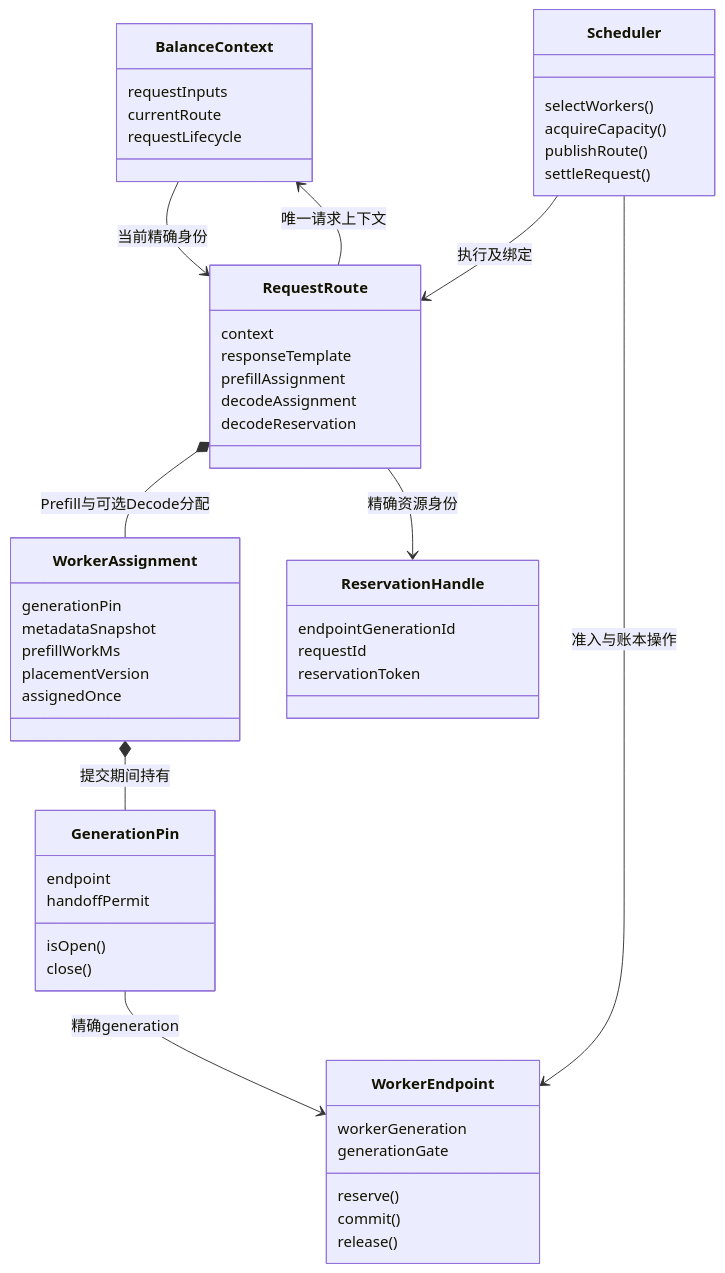
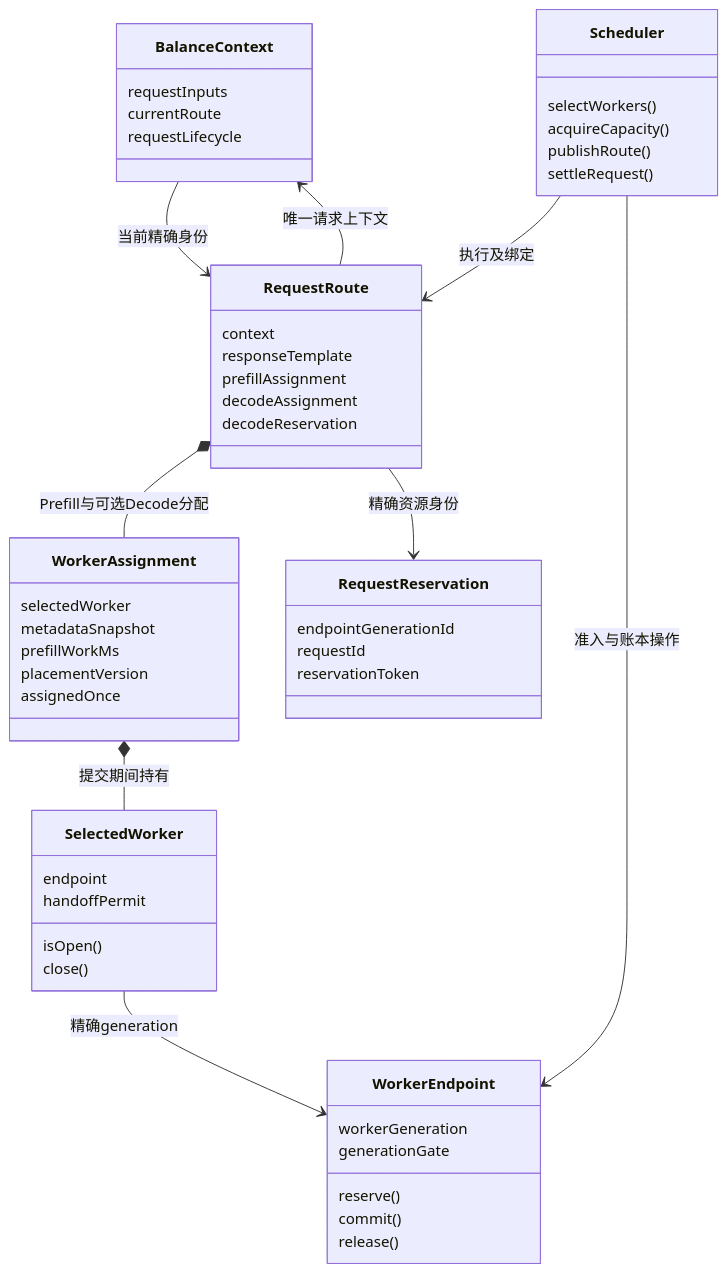
Before and after one commit to alibaba/rtp-llm: the diagram in rtp_llm/flexlb/docs/scheduler-design/route-ownership-target.md, drawn with Mermaid. The commit also changed other lines of this file and 226 other files, not shown here.

````diff
--- a/rtp_llm/flexlb/docs/scheduler-design/route-ownership-target.md
+++ b/rtp_llm/flexlb/docs/scheduler-design/route-ownership-target.md
@@ -25,54 +29,54 @@
 ```mermaid
 classDiagram
     class BalanceContext {
         requestInputs
         currentRoute
         requestLifecycle
     }
     class RequestRoute {
         context
         responseTemplate
         prefillAssignment
         decodeAssignment
         decodeReservation
     }
     class WorkerAssignment {
-        generationPin
+        selectedWorker
         metadataSnapshot
         prefillWorkMs
         placementVersion
         assignedOnce
     }
     class WorkerEndpoint {
         workerGeneration
         generationGate
         reserve()
         commit()
         release()
     }
-    class GenerationPin {
+    class SelectedWorker {
         endpoint
         handoffPermit
         isOpen()
         close()
     }
-    class ReservationHandle {
+    class RequestReservation {
         endpointGenerationId
         requestId
         reservationToken
     }
     class Scheduler {
         selectWorkers()
         acquireCapacity()
         publishRoute()
         settleRequest()
     }
     BalanceContext --> RequestRoute : 当前精确身份
     RequestRoute --> BalanceContext : 唯一请求上下文
     RequestRoute *-- WorkerAssignment : Prefill与可选Decode分配
-    RequestRoute --> ReservationHandle : 精确资源身份
-    WorkerAssignment *-- GenerationPin : 提交期间持有
-    GenerationPin --> WorkerEndpoint : 精确generation
+    RequestRoute --> RequestReservation : 精确资源身份
+    WorkerAssignment *-- SelectedWorker : 提交期间持有
+    SelectedWorker --> WorkerEndpoint : 精确generation
     Scheduler --> RequestRoute : 执行及绑定
     Scheduler --> WorkerEndpoint : 准入与账本操作
 ```
````
